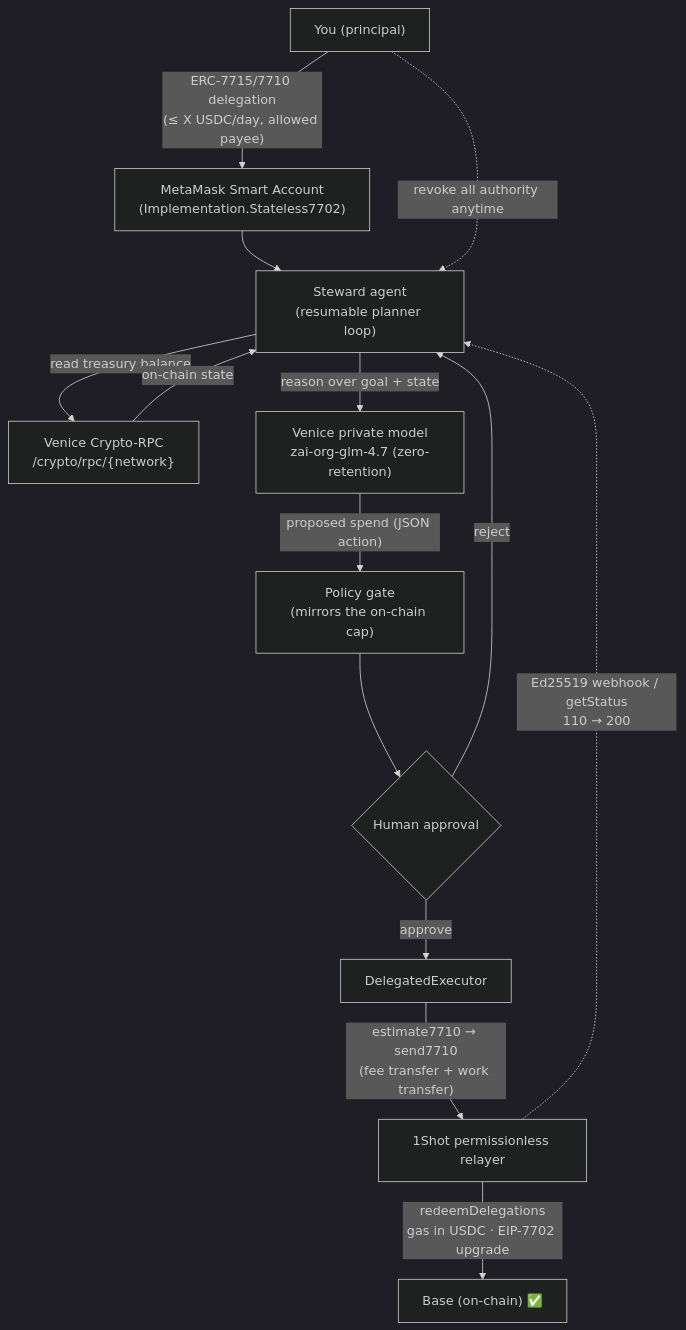
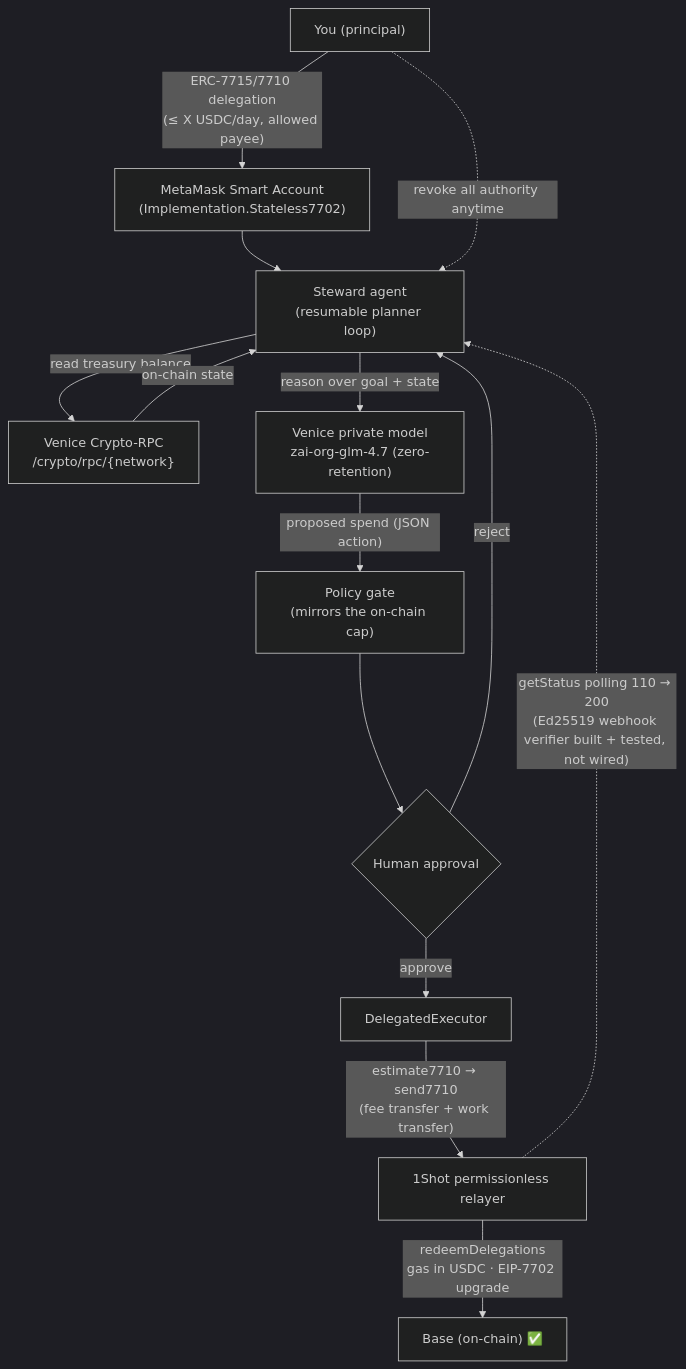
Before and after one commit to KaranSinghBisht/agent-city: the diagram in docs/architecture.md, drawn with Mermaid (dark theme). The commit also changed 4 other files, not shown here.

````diff
--- a/docs/architecture.md
+++ b/docs/architecture.md
@@ -3,20 +3,20 @@
 ```mermaid
 flowchart TD
   U["You (principal)"] -->|"ERC-7715/7710 delegation<br/>(≤ X USDC/day, allowed payee)"| SA["MetaMask Smart Account<br/>(Implementation.Stateless7702)"]
   SA --> AG["Steward agent<br/>(resumable planner loop)"]
 
   AG -->|"read treasury balance"| VR["Venice Crypto-RPC<br/>/crypto/rpc/{network}"]
   VR -->|"on-chain state"| AG
   AG -->|"reason over goal + state"| VM["Venice private model<br/>zai-org-glm-4.7 (zero-retention)"]
   VM -->|"proposed spend (JSON action)"| PG["Policy gate<br/>(mirrors the on-chain cap)"]
 
   PG --> H{"Human approval"}
   H -->|"reject"| AG
   H -->|"approve"| EX["DelegatedExecutor"]
 
   EX -->|"estimate7710 → send7710<br/>(fee transfer + work transfer)"| R["1Shot permissionless relayer"]
   R -->|"redeemDelegations<br/>gas in USDC · EIP-7702 upgrade"| CH["Base (on-chain) ✅"]
-  R -.->|"Ed25519 webhook / getStatus<br/>110 → 200"| AG
+  R -.->|"getStatus polling 110 → 200<br/>(Ed25519 webhook verifier built + tested, not wired)"| AG
 
   U -.->|"revoke all authority anytime"| AG
 ```
````
